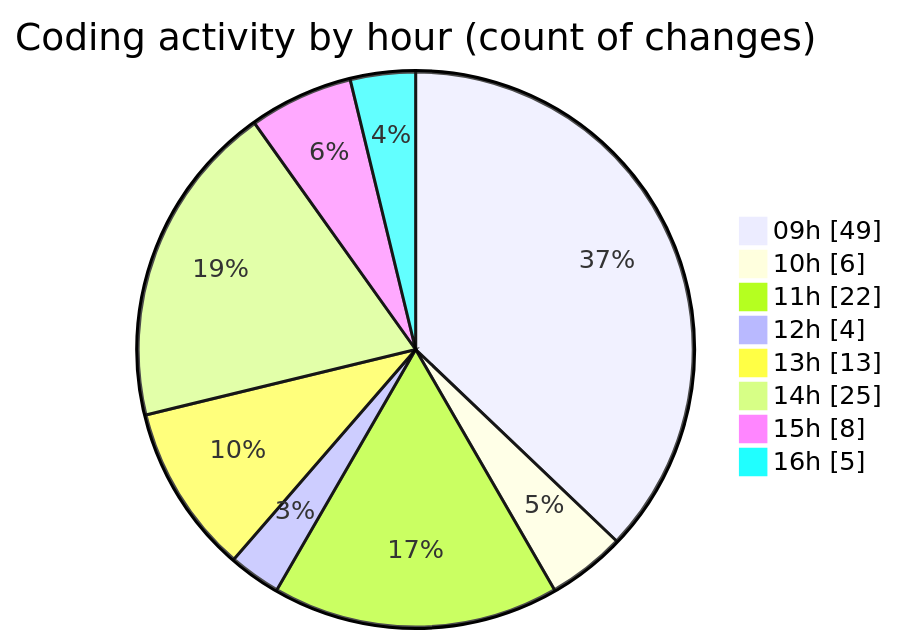
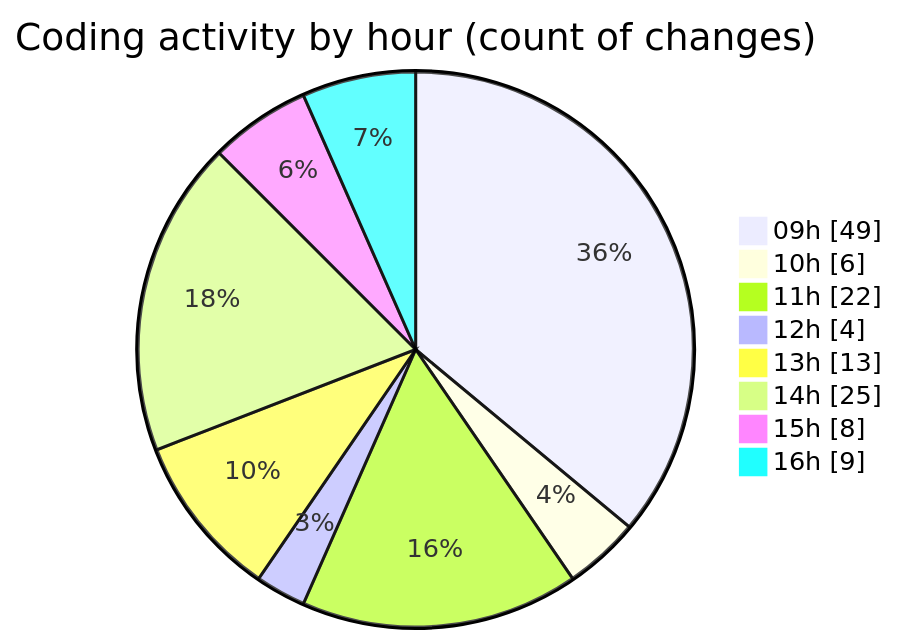
One commit to momahboobian/code-tracking changed the second of 2 diagrams in 2026-06-17/cda/README.md. Above: the diagram before and after it, drawn with Mermaid. The commit also changed other lines of this file and 1 other file, not shown here.

````diff
--- a/2026-06-17/cda/README.md
+++ b/2026-06-17/cda/README.md
@@ -66,12 +66,12 @@
 ```mermaid
 pie showData
 title Coding activity by hour (count of changes)
 "09h" : 49
 "10h" : 6
 "11h" : 22
 "12h" : 4
 "13h" : 13
 "14h" : 25
 "15h" : 8
-"16h" : 5
+"16h" : 9
 ```
````
